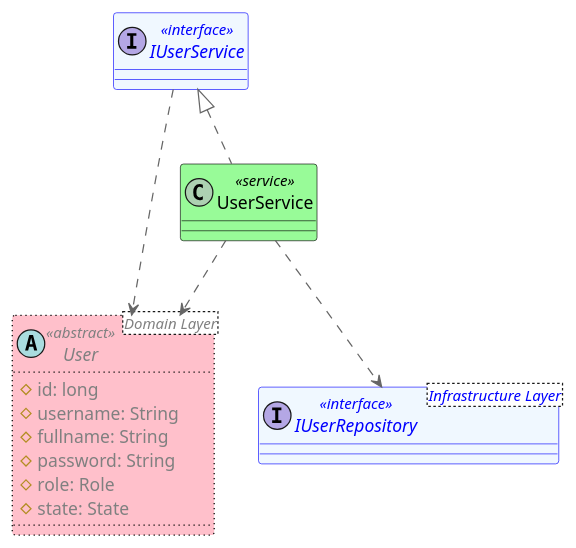
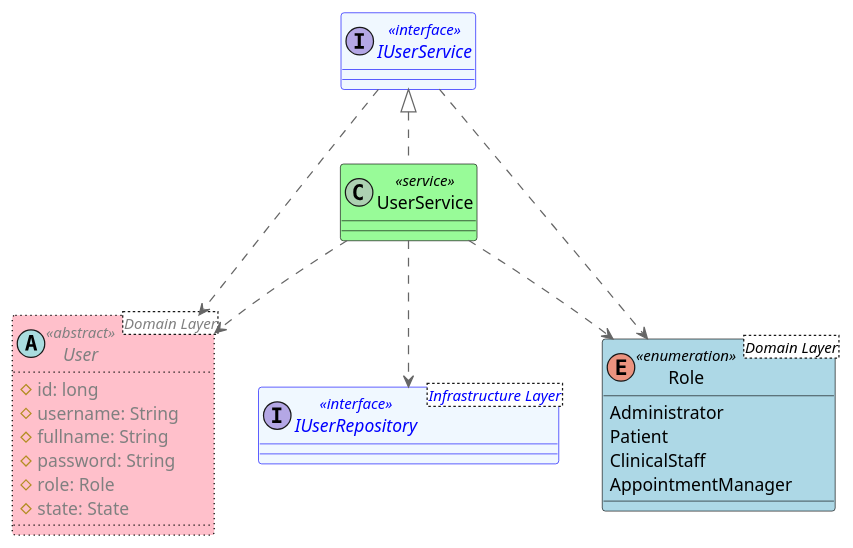
Before and after one commit to FernandoMulato/Piedrazul-Medical-Services-Network: the diagram in 1.Project-with_Monolithic_Architecture/mod_app_piedrazul_medical_services_network/Application/dClassApplication.puml, drawn with PlantUML. The commit also changed 3 other files, not shown here.

```diff
--- a/1.Project-with_Monolithic_Architecture/mod_app_piedrazul_medical_services_network/Application/dClassApplication.puml
+++ b/1.Project-with_Monolithic_Architecture/mod_app_piedrazul_medical_services_network/Application/dClassApplication.puml
@@ -1,26 +1,36 @@
 @startuml ApplicationClasses
 
 !include https://raw.githubusercontent.com/plantuml-stdlib/C4-PlantUML/master/C4_Deployment.puml
 
 interface IUserService <<interface>> #aliceblue;line:blue;text:blue {}
 
 class UserService <<service>> #PaleGreen;line:Black;text:Black implements IUserService {}
 
 ' from domain layer
 abstract User<Domain Layer> <<abstract>> #Pink;line:Black;line.dotted;text:gray {
   # id: long 
   # username: String
   # fullname: String
   # password: String
   # role: Role
   # state: State
 }
 
 ' from infrastructure layer
 interface IUserRepository<Infrastructure Layer> <<interface>> #aliceblue;line:blue;text:blue {}
 
+' from domain layer
+enum Role<Domain Layer> <<enumeration>> #LightBlue;line:Black;text:Black {
+  Administrator
+  Patient
+  ClinicalStaff
+  AppointmentManager
+}
+
 IUserService ..> User
 UserService ..> User
 UserService ..> IUserRepository
+IUserService ..> Role
+UserService ..> Role
 
 @enduml
```
